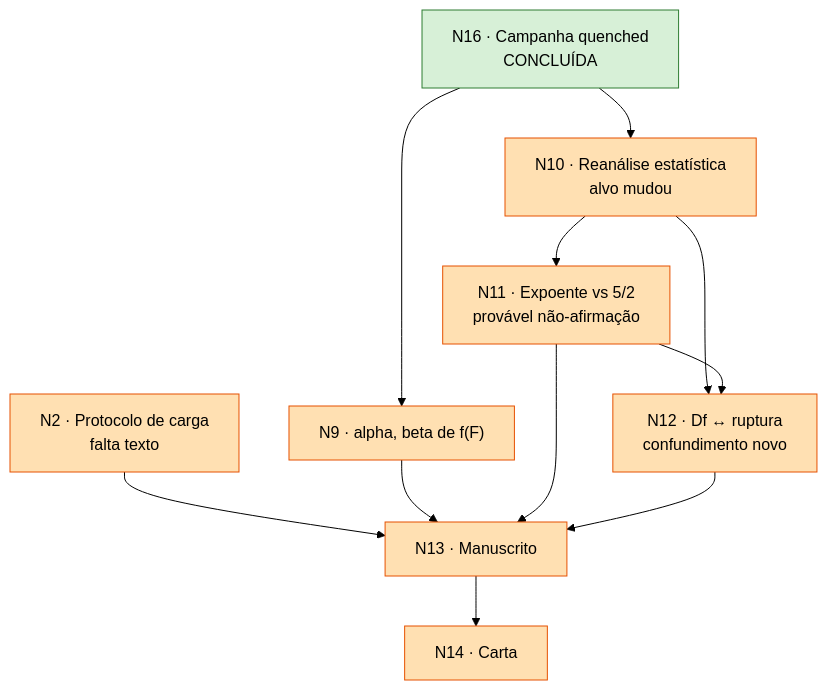
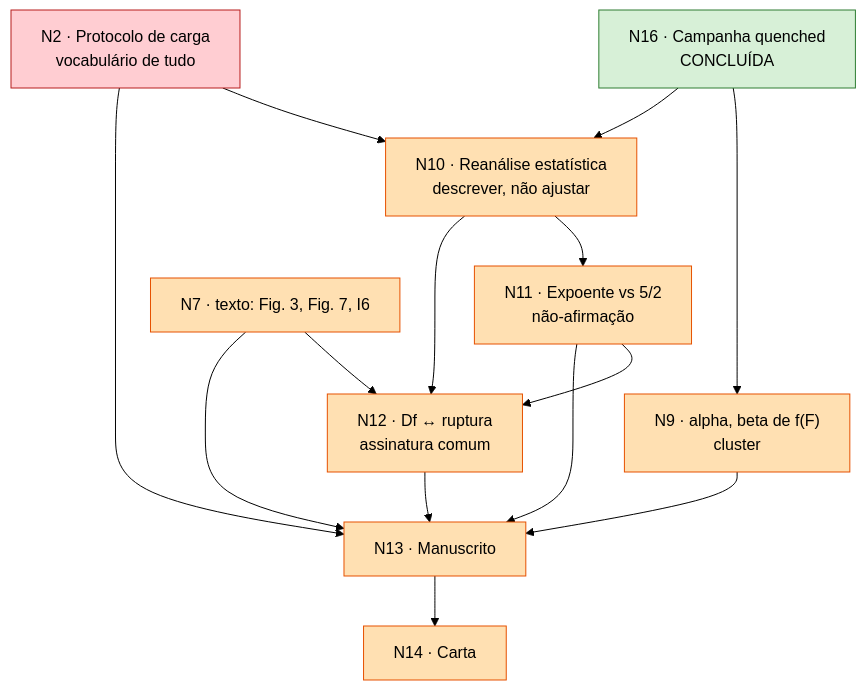
One commit to michaelsouza/dla-collagen changed the diagram in Reviews/Estado_revisao_ER12738.md. Above: the diagram before and after it, drawn with Mermaid (forest theme). The commit also changed other lines of this file and 15 other files, not shown here.

````diff
--- a/Reviews/Estado_revisao_ER12738.md
+++ b/Reviews/Estado_revisao_ER12738.md
@@ -38,28 +39,33 @@
 ```mermaid
 graph TD
   N16["N16 · Campanha quenched<br/>CONCLUÍDA"]
-  N2["N2 · Protocolo de carga<br/>falta texto"]
-  N9["N9 · alpha, beta de f(F)"]
-  N10["N10 · Reanálise estatística<br/>alvo mudou"]
-  N11["N11 · Expoente vs 5/2<br/>provável não-afirmação"]
-  N12["N12 · Df ↔ ruptura<br/>confundimento novo"]
+  N2["N2 · Protocolo de carga<br/>vocabulário de tudo"]
+  N9["N9 · alpha, beta de f(F)<br/>cluster"]
+  N10["N10 · Reanálise estatística<br/>descrever, não ajustar"]
+  N11["N11 · Expoente vs 5/2<br/>não-afirmação"]
+  N12["N12 · Df ↔ ruptura<br/>assinatura comum"]
+  N7t["N7 · texto: Fig. 3, Fig. 7, I6"]
   N13["N13 · Manuscrito"]
   N14["N14 · Carta"]
 
   N16 --> N9
   N16 --> N10
+  N2 --> N10
   N10 --> N11
   N10 --> N12
   N11 --> N12
+  N7t --> N12
   N2 --> N13
   N9 --> N13
   N11 --> N13
   N12 --> N13
+  N7t --> N13
   N13 --> N14
 
   classDef feito fill:#d7f0d7,stroke:#2e7d32,color:#000;
   classDef aberto fill:#ffe0b2,stroke:#e65100,color:#000;
   classDef critico fill:#ffcdd2,stroke:#b71c1c,color:#000;
   class N16 feito;
-  class N2,N9,N10,N11,N12,N13,N14 aberto;
+  class N9,N10,N11,N12,N7t,N13,N14 aberto;
+  class N2 critico;
 ```
````
